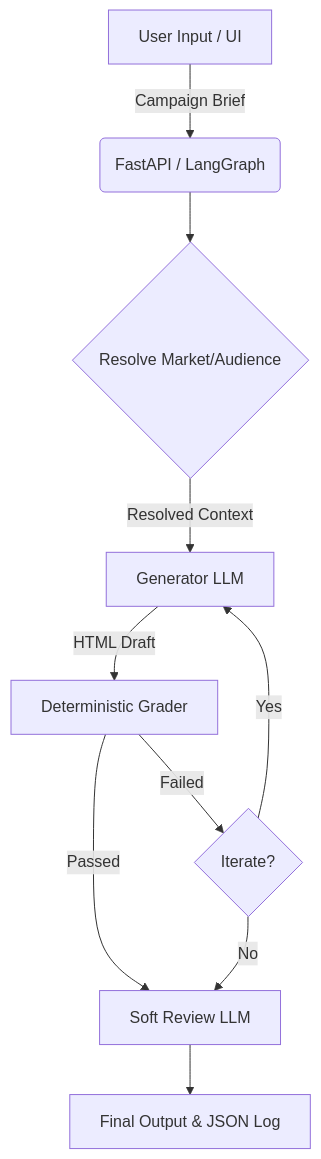
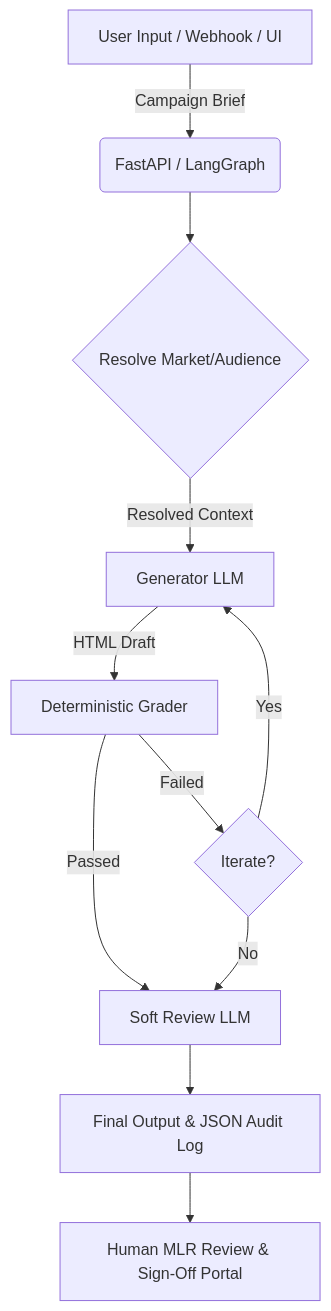
Before and after one commit to sriram36/pharma-mlr-compliance: the diagram in README.md, drawn with Mermaid. The commit also changed other lines of this file, not shown here.

Commit message:
docs: update README to reflect transition to MLR compliance suite, webhook support, and evaluation tooling

````diff
--- a/README.md
+++ b/README.md
@@ -5,12 +5,13 @@
 ```mermaid
 graph TD
-    U[User Input / UI] -->|Campaign Brief| A(FastAPI / LangGraph)
+    U[User Input / Webhook / UI] -->|Campaign Brief| A(FastAPI / LangGraph)
     A --> B{Resolve Market/Audience}
     B -->|Resolved Context| C[Generator LLM]
     C -->|HTML Draft| D[Deterministic Grader]
     D -->|Passed| E[Soft Review LLM]
     D -->|Failed| F{Iterate?}
     F -->|Yes| C
     F -->|No| E
-    E --> G[Final Output & JSON Log]
+    E --> G[Final Output & JSON Audit Log]
+    G --> H[Human MLR Review & Sign-Off Portal]
 ```
````
